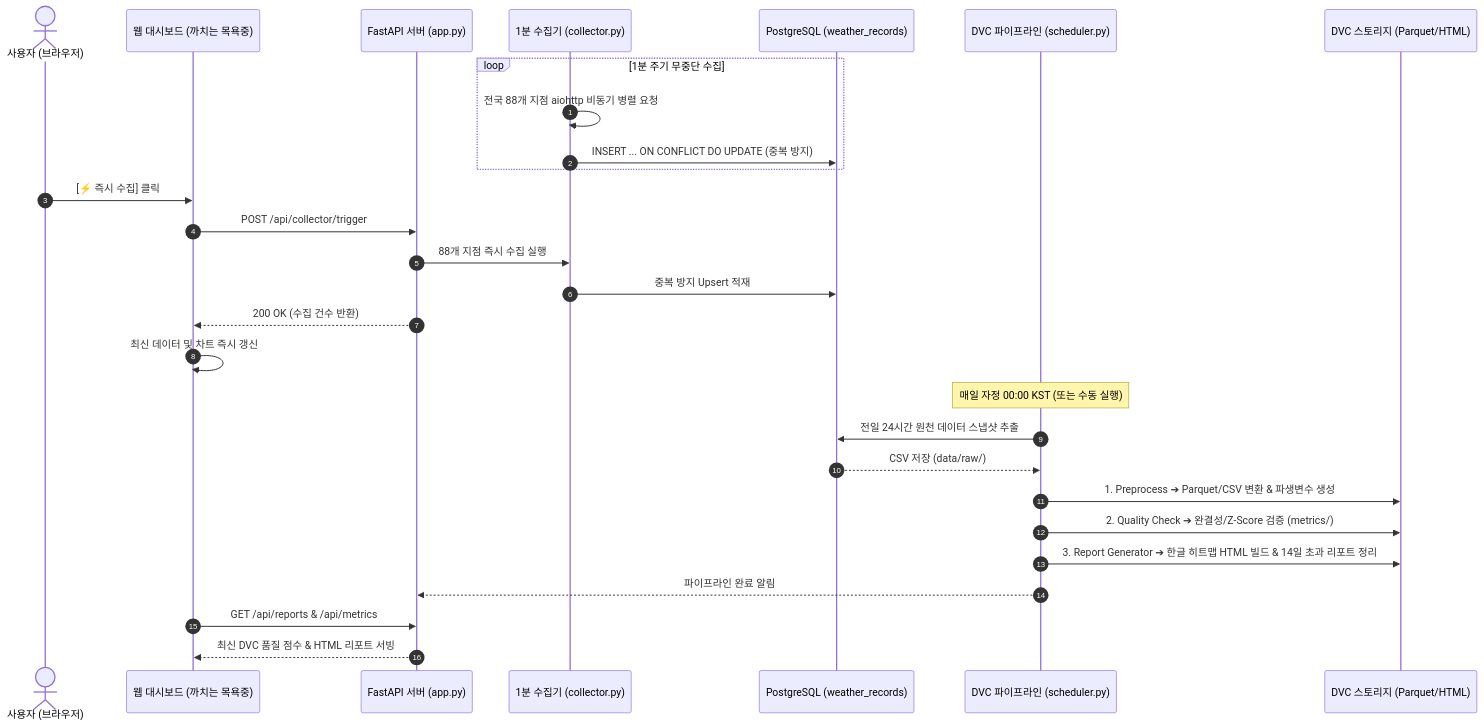
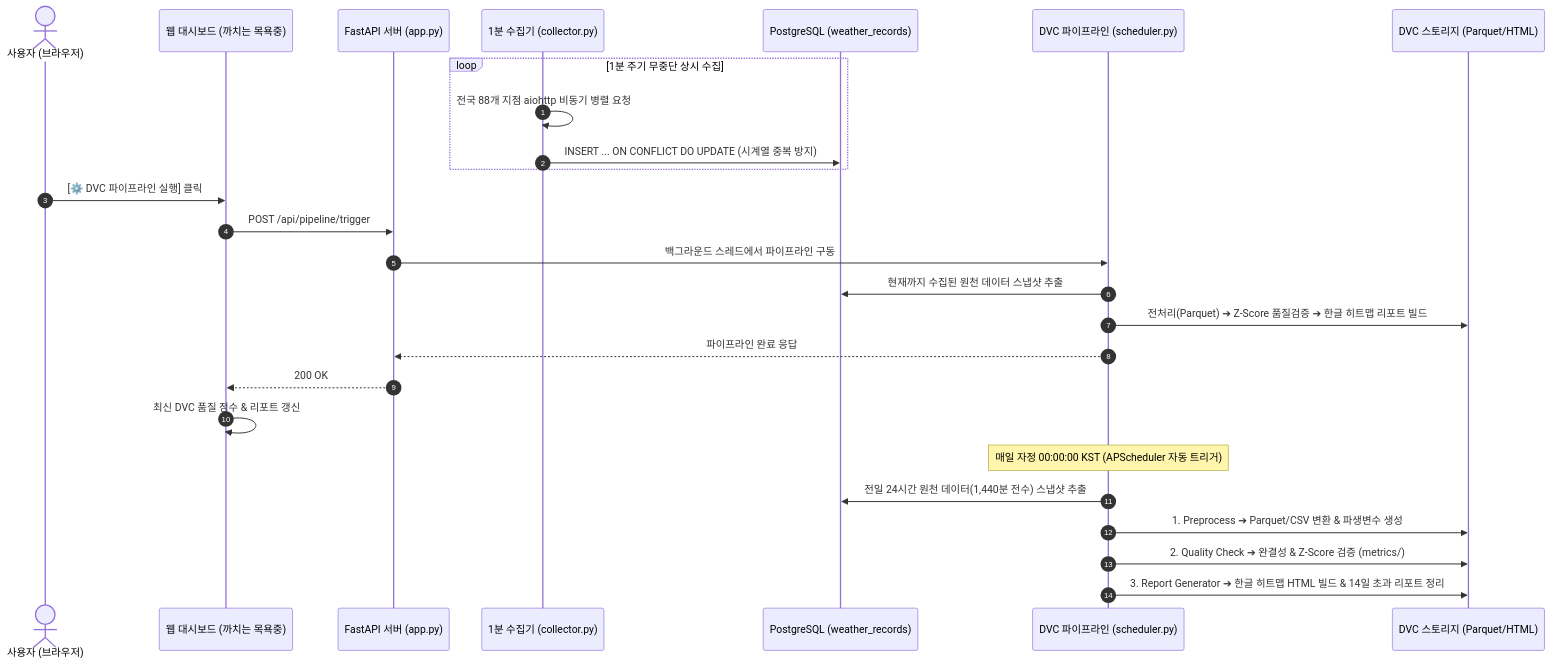
One commit to hugingstar/WeatherDVC changed the fourth of 4 diagrams in README.md. Above: the diagram before and after it, drawn with Mermaid. The commit also changed other lines of this file, not shown here.

Commit message:
docs: Update README.md with DVC core roles, enterprise value, and latest architecture

````diff
--- a/README.md
+++ b/README.md
@@ -142,36 +184,34 @@
 ```mermaid
 sequenceDiagram
     autonumber
     actor User as 사용자 (브라우저)
     participant UI as 웹 대시보드 (까치는 목욕중)
     participant Server as FastAPI 서버 (app.py)
     participant Collector as 1분 수집기 (collector.py)
     participant DB as PostgreSQL (weather_records)
     participant Pipeline as DVC 파이프라인 (scheduler.py)
     participant Storage as DVC 스토리지 (Parquet/HTML)
 
     %% 1. 실시간 수집 흐름
-    loop 1분 주기 무중단 수집
+    loop 1분 주기 무중단 상시 수집
         Collector->>Collector: 전국 88개 지점 aiohttp 비동기 병렬 요청
-        Collector->>DB: INSERT ... ON CONFLICT DO UPDATE (중복 방지)
+        Collector->>DB: INSERT ... ON CONFLICT DO UPDATE (시계열 중복 방지)
     end
 
-    %% 2. 사용자 즉시 수집 트리거
-    User->>UI: [⚡ 즉시 수집] 클릭
-    UI->>Server: POST /api/collector/trigger
-    Server->>Collector: 88개 지점 즉시 수집 실행
-    Collector->>DB: 중복 방지 Upsert 적재
-    Server-->>UI: 200 OK (수집 건수 반환)
-    UI->>UI: 최신 데이터 및 차트 즉시 갱신
+    %% 2. 사용자 수동 파이프라인 트리거
+    User->>UI: [⚙️ DVC 파이프라인 실행] 클릭
+    UI->>Server: POST /api/pipeline/trigger
+    Server->>Pipeline: 백그라운드 스레드에서 파이프라인 구동
+    Pipeline->>DB: 현재까지 수집된 원천 데이터 스냅샷 추출
+    Pipeline->>Storage: 전처리(Parquet) ➔ Z-Score 품질검증 ➔ 한글 히트맵 리포트 빌드
+    Pipeline-->>Server: 파이프라인 완료 응답
+    Server-->>UI: 200 OK
+    UI->>UI: 최신 DVC 품질 점수 & 리포트 갱신
 
     %% 3. 자정 00:00 DVC 파이프라인 자동 실행
-    Note over Pipeline: 매일 자정 00:00 KST (또는 수동 실행)
-    Pipeline->>DB: 전일 24시간 원천 데이터 스냅샷 추출
-    DB-->>Pipeline: CSV 저장 (data/raw/)
+    Note over Pipeline: 매일 자정 00:00:00 KST (APScheduler 자동 트리거)
+    Pipeline->>DB: 전일 24시간 원천 데이터(1,440분 전수) 스냅샷 추출
     Pipeline->>Storage: 1. Preprocess ➔ Parquet/CSV 변환 & 파생변수 생성
-    Pipeline->>Storage: 2. Quality Check ➔ 완결성/Z-Score 검증 (metrics/)
+    Pipeline->>Storage: 2. Quality Check ➔ 완결성 & Z-Score 검증 (metrics/)
     Pipeline->>Storage: 3. Report Generator ➔ 한글 히트맵 HTML 빌드 & 14일 초과 리포트 정리
-    Pipeline-->>Server: 파이프라인 완료 알림
-    UI->>Server: GET /api/reports & /api/metrics
-    Server-->>UI: 최신 DVC 품질 점수 & HTML 리포트 서빙
 ```
````
